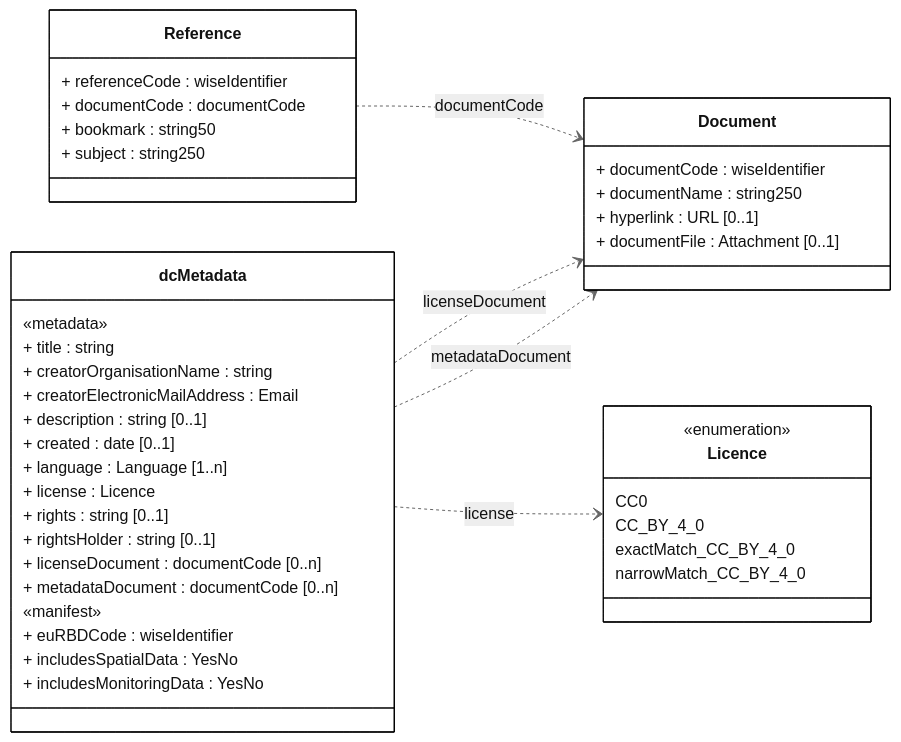
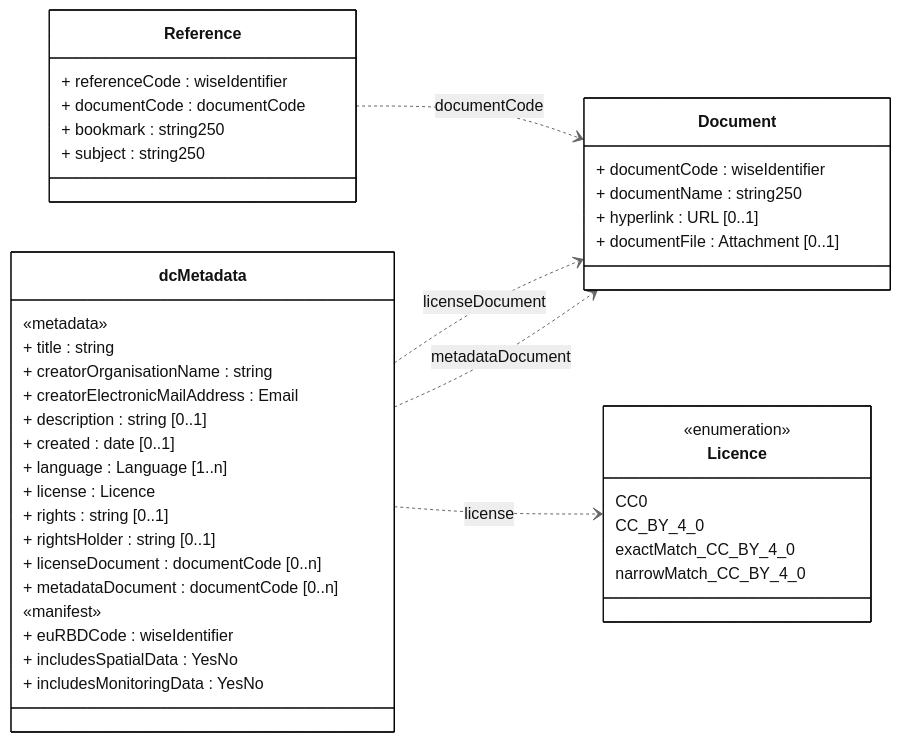
Before and after one commit to eeadata/WISE.WFD.Documentation: the diagram in docs/DataModelReview/mmd/Monitoring_4thCycle_Documents_ClassDiagram.mmd, drawn with Mermaid. The commit also changed 10 other files, not shown here.

```diff
--- a/docs/DataModelReview/mmd/Monitoring_4thCycle_Documents_ClassDiagram.mmd
+++ b/docs/DataModelReview/mmd/Monitoring_4thCycle_Documents_ClassDiagram.mmd
@@ -1,59 +1,59 @@
 ---
 config:
   class:
     hideEmptyMembersBox: true
   layout: dagre
   theme: neutral
 ---
 classDiagram
 direction LR
 
 class dcMetadata {
 
 «metadata»
 + title : string
 + creatorOrganisationName : string
 + creatorElectronicMailAddress : Email
 + description : string [0..1]
 + created : date [0..1]
 + language : Language [1..n]
 + license : Licence
 + rights : string [0..1]
 + rightsHolder : string [0..1]
 + licenseDocument : documentCode [0..n]
 + metadataDocument : documentCode [0..n]
 
 «manifest»
 + euRBDCode : wiseIdentifier
 + includesSpatialData : YesNo
 + includesMonitoringData : YesNo
 }
 
 class Reference {
   + referenceCode : wiseIdentifier
   + documentCode : documentCode
-  + bookmark : string50
+  + bookmark : string250
   + subject : string250 
 }
 
 class Document {
 + documentCode : wiseIdentifier
 + documentName : string250
 + hyperlink : URL [0..1]
 + documentFile : Attachment [0..1]
 }
 
 class Licence{
   <<enumeration>>
   CC0
   CC_BY_4_0
   exactMatch_CC_BY_4_0
   narrowMatch_CC_BY_4_0
 }
 
 Reference  ..> Document : documentCode
 dcMetadata ..> Document : licenseDocument
 dcMetadata ..> Document : metadataDocument
 dcMetadata ..> Licence : license
 classDef default fill:white,stroke:#000;
 classDef forFixing fill:white,stroke:#f00;
```
